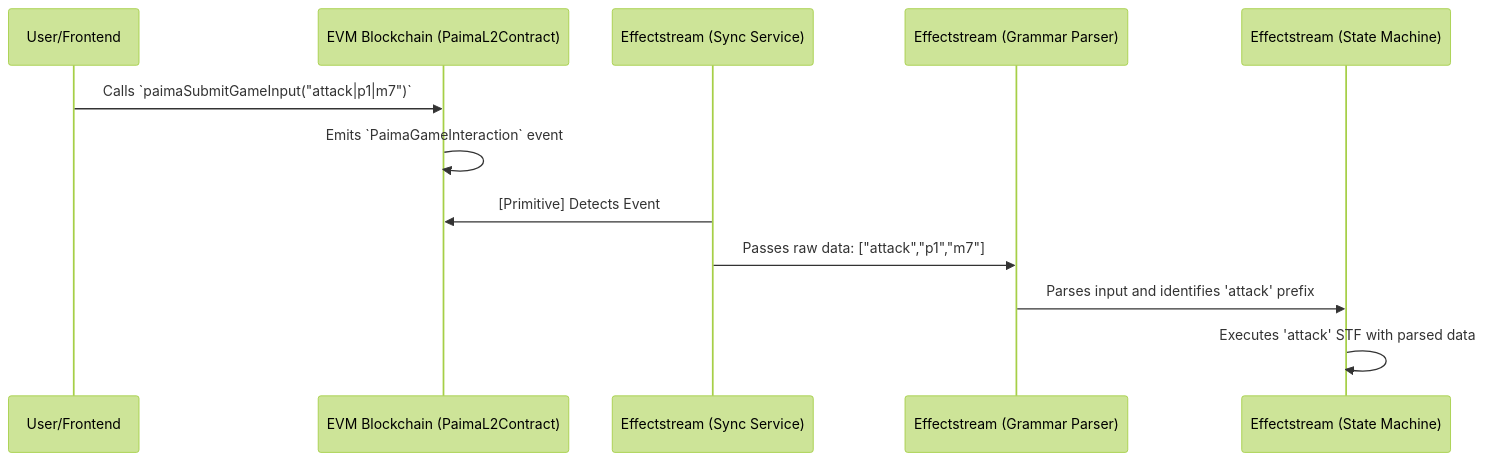
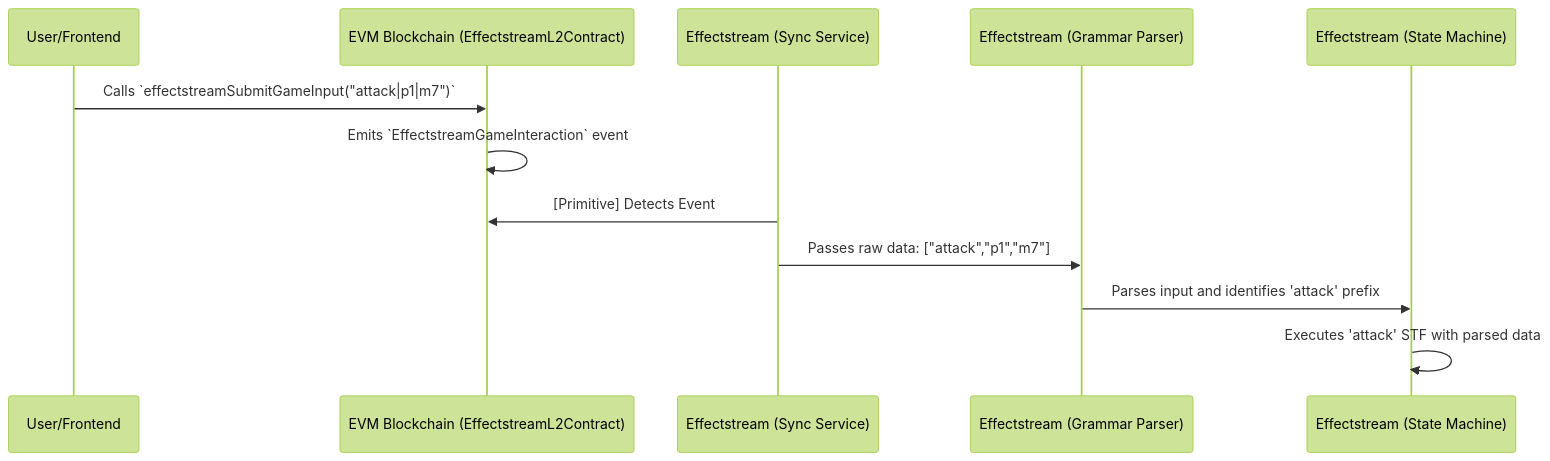
One commit to effectstream/effectstream changed the diagram in docs/site/docs/home/100-components/104-l2-contract.md. Above: the diagram before and after it, drawn with Mermaid (forest theme). The commit also changed other lines of this file and 43 other files, not shown here.

````diff
--- a/docs/site/docs/home/100-components/104-l2-contract.md
+++ b/docs/site/docs/home/100-components/104-l2-contract.md
@@ -51,15 +51,15 @@
 ```mermaid
 sequenceDiagram
     participant User/Frontend
-    participant EVM Blockchain (PaimaL2Contract)
+    participant EVM Blockchain (EffectstreamL2Contract)
     participant Effectstream (Sync Service)
     participant Effectstream (Grammar Parser)
     participant Effectstream (State Machine)
 
-    User/Frontend->>EVM Blockchain (PaimaL2Contract): Calls `paimaSubmitGameInput("attack|p1|m7")`
-    EVM Blockchain (PaimaL2Contract)->>EVM Blockchain (PaimaL2Contract): Emits `PaimaGameInteraction` event
-    Effectstream (Sync Service)->>EVM Blockchain (PaimaL2Contract): [Primitive] Detects Event
+    User/Frontend->>EVM Blockchain (EffectstreamL2Contract): Calls `effectstreamSubmitGameInput("attack|p1|m7")`
+    EVM Blockchain (EffectstreamL2Contract)->>EVM Blockchain (EffectstreamL2Contract): Emits `EffectstreamGameInteraction` event
+    Effectstream (Sync Service)->>EVM Blockchain (EffectstreamL2Contract): [Primitive] Detects Event
     Effectstream (Sync Service)->>Effectstream (Grammar Parser): Passes raw data: ["attack","p1","m7"]
     Effectstream (Grammar Parser)->>Effectstream (State Machine): Parses input and identifies 'attack' prefix
     Effectstream (State Machine)->>Effectstream (State Machine): Executes 'attack' STF with parsed data
 ```
````
